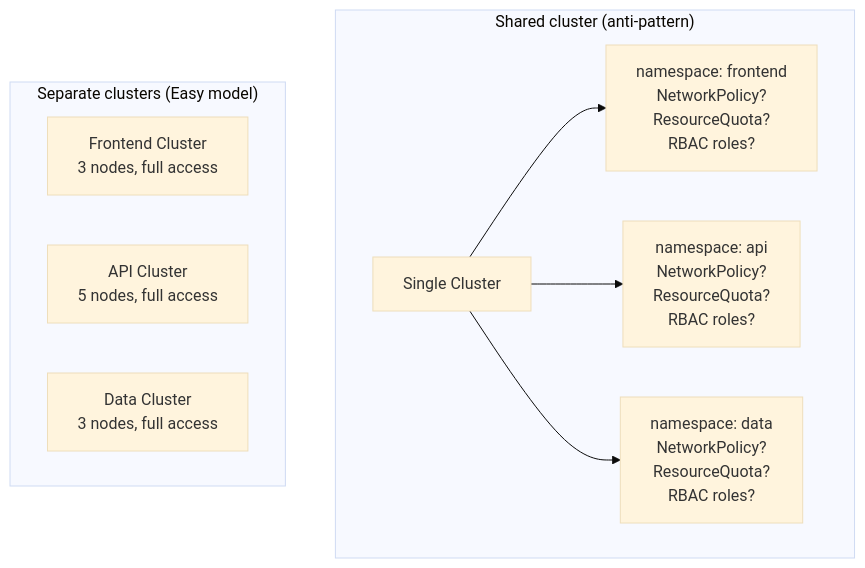
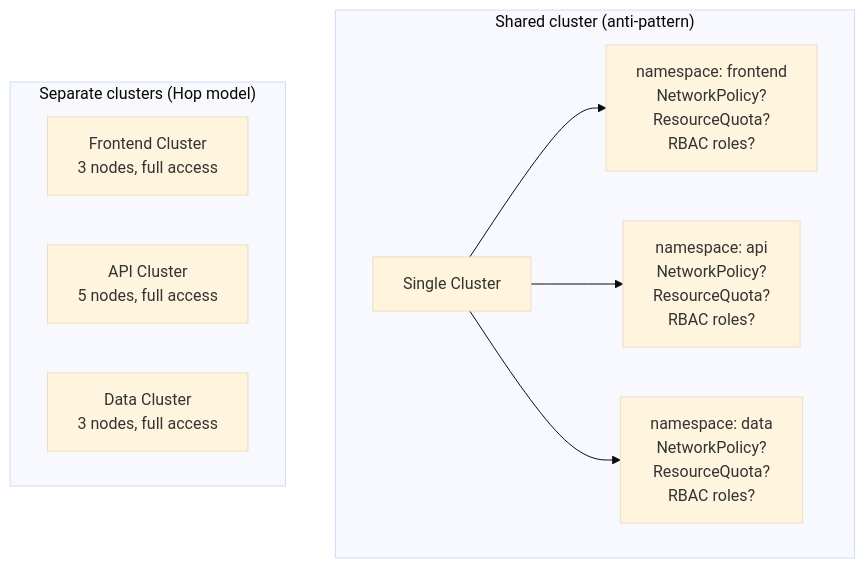
Before and after one commit to xinix00/easyrun: the sixth of 11 diagrams in SECURITY.md, drawn with Mermaid (base theme). The commit also changed other lines of this file and 85 other files, not shown here.

````diff
--- a/SECURITY.md
+++ b/SECURITY.md
@@ -172,15 +172,15 @@
 ```mermaid
 graph TB
     subgraph "Shared cluster (anti-pattern)"
         SC[Single Cluster]
         SC --> NS1["namespace: frontend<br/>NetworkPolicy?<br/>ResourceQuota?<br/>RBAC roles?"]
         SC --> NS2["namespace: api<br/>NetworkPolicy?<br/>ResourceQuota?<br/>RBAC roles?"]
         SC --> NS3["namespace: data<br/>NetworkPolicy?<br/>ResourceQuota?<br/>RBAC roles?"]
     end
 
-    subgraph "Separate clusters (Easy model)"
+    subgraph "Separate clusters (Hop model)"
         C1["Frontend Cluster<br/>3 nodes, full access"]
         C2["API Cluster<br/>5 nodes, full access"]
         C3["Data Cluster<br/>3 nodes, full access"]
     end
 ```
````
